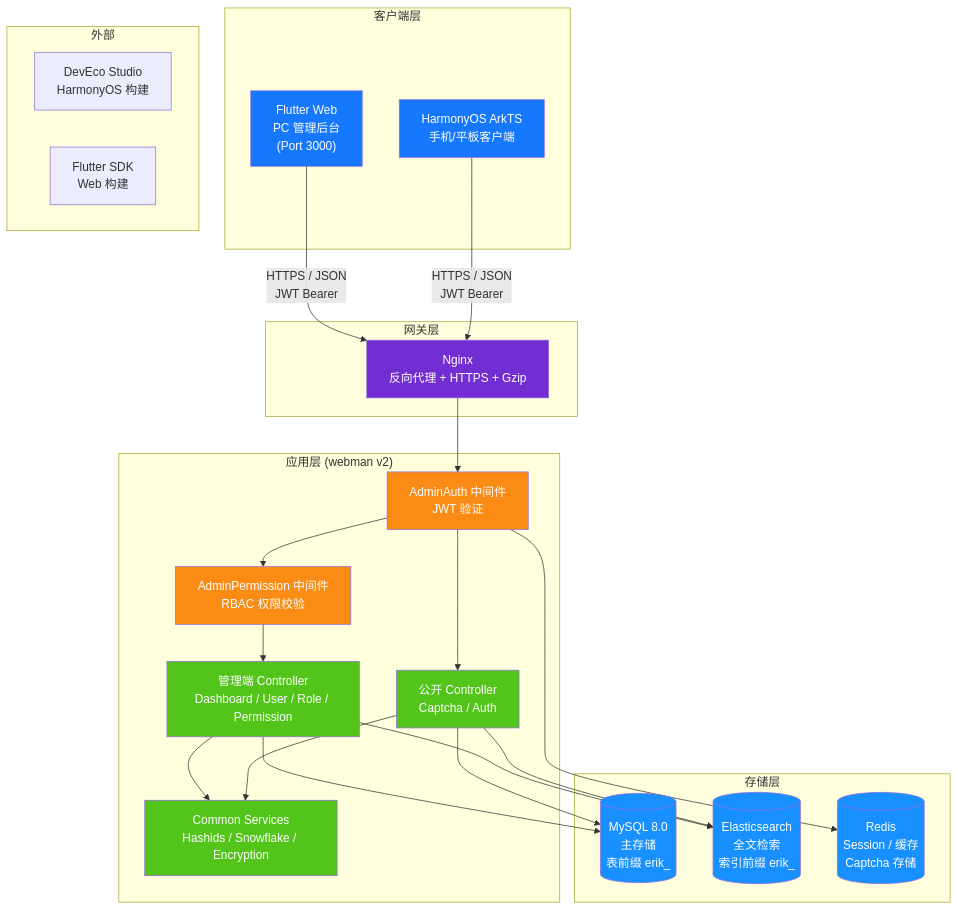
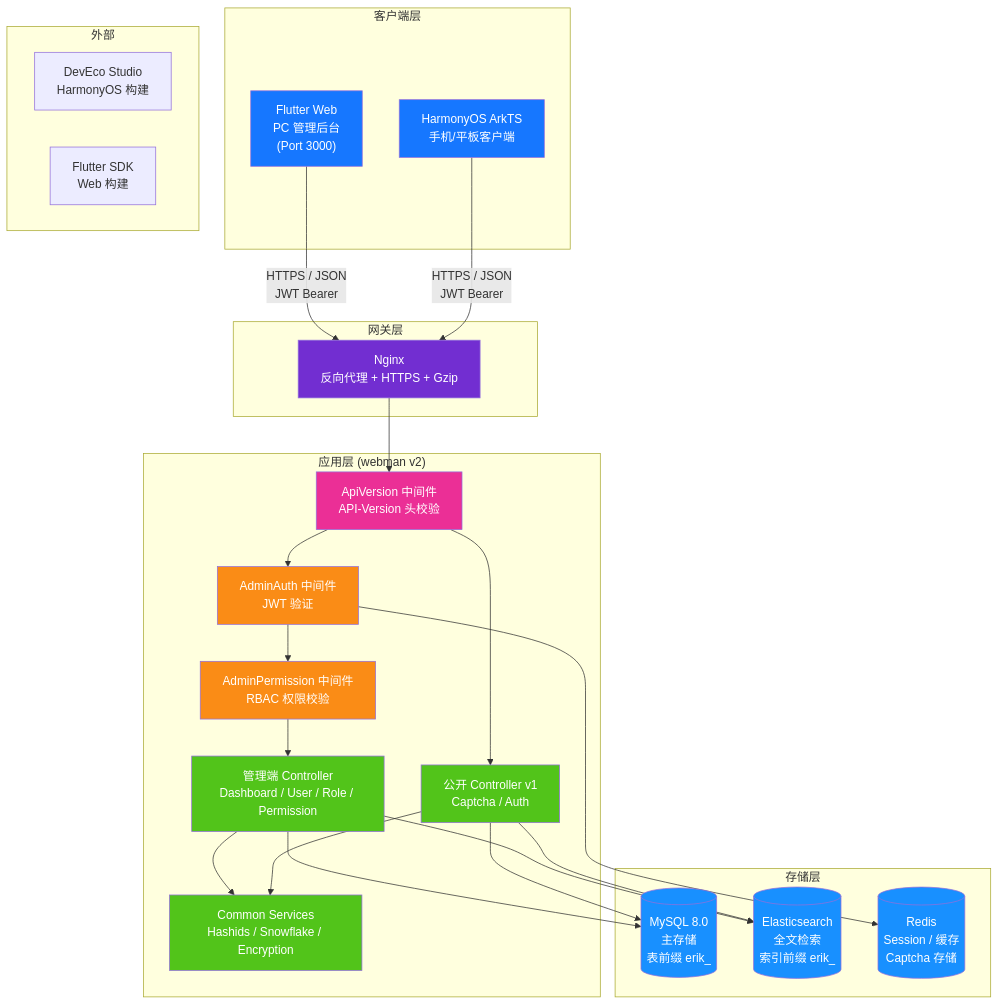
One commit to erikwang2013/open-admin changed the first of 14 diagrams in docs/ARCHITECTURE.md. Above: the diagram before and after it, drawn with Mermaid. The commit also changed other lines of this file and 7 other files, not shown here.

````diff
--- a/docs/ARCHITECTURE.md
+++ b/docs/ARCHITECTURE.md
@@ -11,56 +11,59 @@
 ```mermaid
 flowchart TB
     subgraph "客户端层"
         A1["Flutter Web<br/>PC 管理后台<br/>(Port 3000)"]
         A2["HarmonyOS ArkTS<br/>手机/平板客户端"]
     end
 
     subgraph "网关层"
         B1["Nginx<br/>反向代理 + HTTPS + Gzip"]
     end
 
     subgraph "应用层 (webman v2)"
+        C0["ApiVersion 中间件<br/>API-Version 头校验"]
         C1["AdminAuth 中间件<br/>JWT 验证"]
         C2["AdminPermission 中间件<br/>RBAC 权限校验"]
         C3["管理端 Controller<br/>Dashboard / User / Role / Permission"]
-        C4["公开 Controller<br/>Captcha / Auth"]
+        C4["公开 Controller v1<br/>Captcha / Auth"]
         C5["Common Services<br/>Hashids / Snowflake / Encryption"]
     end
 
     subgraph "存储层"
         D1[("MySQL 8.0<br/>主存储<br/>表前缀 erik_")]
         D2[("Elasticsearch<br/>全文检索<br/>索引前缀 erik_")]
         D3[("Redis<br/>Session / 缓存<br/>Captcha 存储")]
     end
 
     subgraph "外部"
         E1["DevEco Studio<br/>HarmonyOS 构建"]
         E2["Flutter SDK<br/>Web 构建"]
     end
 
     A1 -->|"HTTPS / JSON<br/>JWT Bearer"| B1
     A2 -->|"HTTPS / JSON<br/>JWT Bearer"| B1
-    B1 --> C1
+    B1 --> C0
+    C0 --> C1
     C1 --> C2
     C2 --> C3
-    C1 --> C4
+    C0 --> C4
     C3 --> C5
     C4 --> C5
     C3 --> D1
     C4 --> D1
     C3 --> D2
     C4 --> D2
     C1 --> D3
 
     style A1 fill:#1677FF,color:#fff
     style A2 fill:#1677FF,color:#fff
     style B1 fill:#722ED1,color:#fff
+    style C0 fill:#EB2F96,color:#fff
     style C1 fill:#FA8C16,color:#fff
     style C2 fill:#FA8C16,color:#fff
     style C3 fill:#52C41A,color:#fff
     style C4 fill:#52C41A,color:#fff
     style C5 fill:#52C41A,color:#fff
     style D1 fill:#1890FF,color:#fff
     style D2 fill:#1890FF,color:#fff
     style D3 fill:#1890FF,color:#fff
 ```
````
